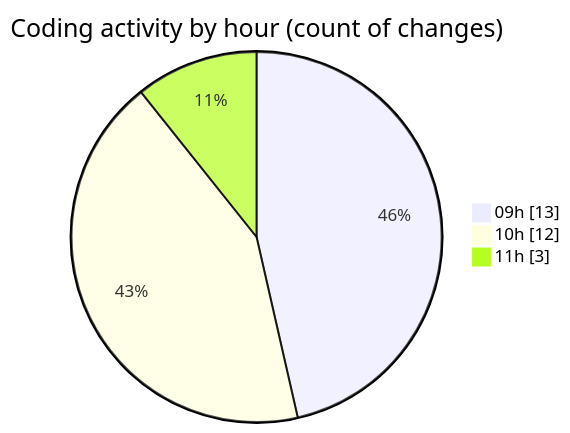
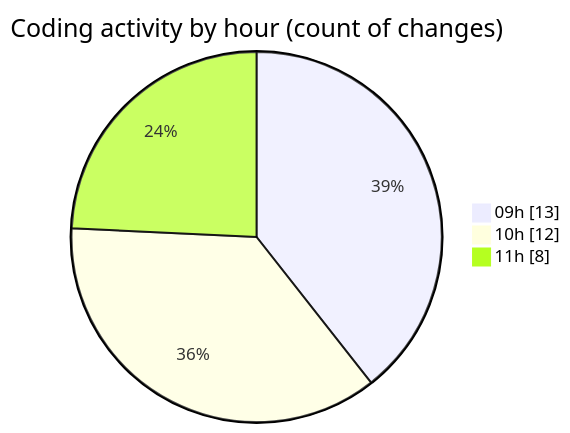
One commit to momahboobian/code-tracking changed the second of 2 diagrams in 2025-09-22/cda/README.md. Above: the diagram before and after it, drawn with Mermaid. The commit also changed other lines of this file and 1 other file, not shown here.

````diff
--- a/2025-09-22/cda/README.md
+++ b/2025-09-22/cda/README.md
@@ -32,7 +32,7 @@
 ```mermaid
 pie showData
 title Coding activity by hour (count of changes)
 "09h" : 13
 "10h" : 12
-"11h" : 3
+"11h" : 8
 ```
````
